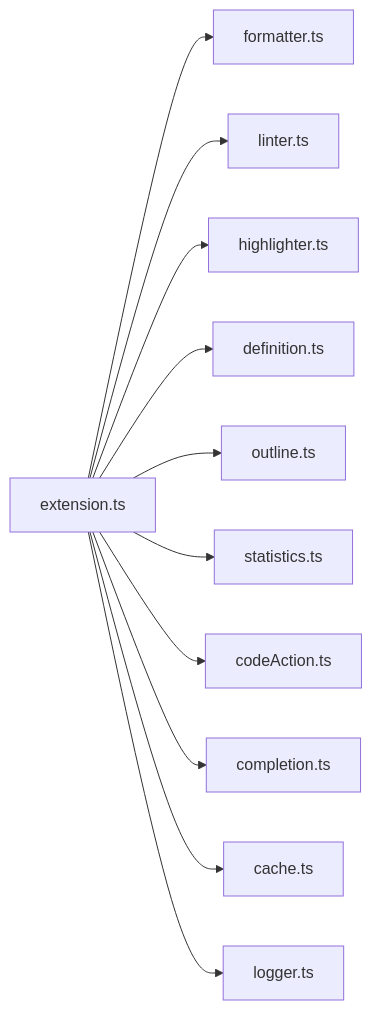
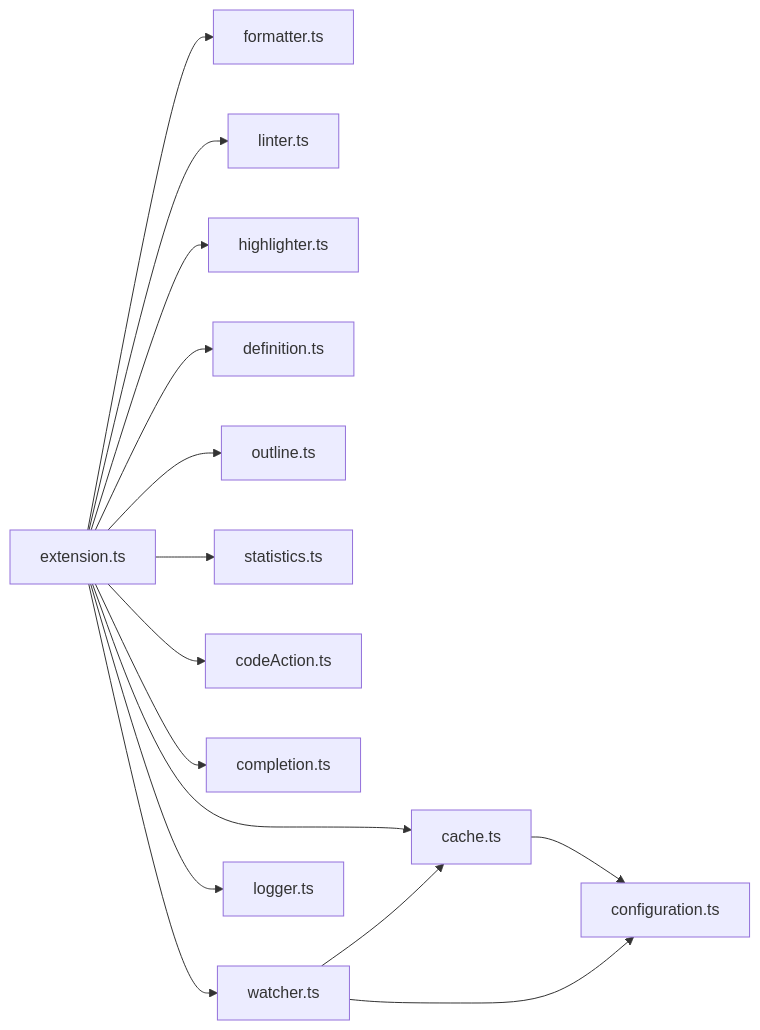
One commit to carlos-camara/vscode-gherkin-powertools changed the first of 3 diagrams in docs/ARCHITECTURE.md. Above: the diagram before and after it, drawn with Mermaid. The commit also changed other lines of this file and 2 other files, not shown here.

Commit message:
docs: update configuration, definition, and architecture docs for unified watcher

````diff
--- a/docs/ARCHITECTURE.md
+++ b/docs/ARCHITECTURE.md
@@ -13,13 +13,17 @@
 ```mermaid
 graph LR
     A[extension.ts] --> B[formatter.ts]
     A --> C[linter.ts]
     A --> D[highlighter.ts]
     A --> E[definition.ts]
     A --> F[outline.ts]
     A --> G[statistics.ts]
     A --> H[codeAction.ts]
     A --> I[completion.ts]
     A --> J[cache.ts]
     A --> K[logger.ts]
+    A --> L[watcher.ts]
+    L --> J
+    L --> M[configuration.ts]
+    J --> M
 ```
````
